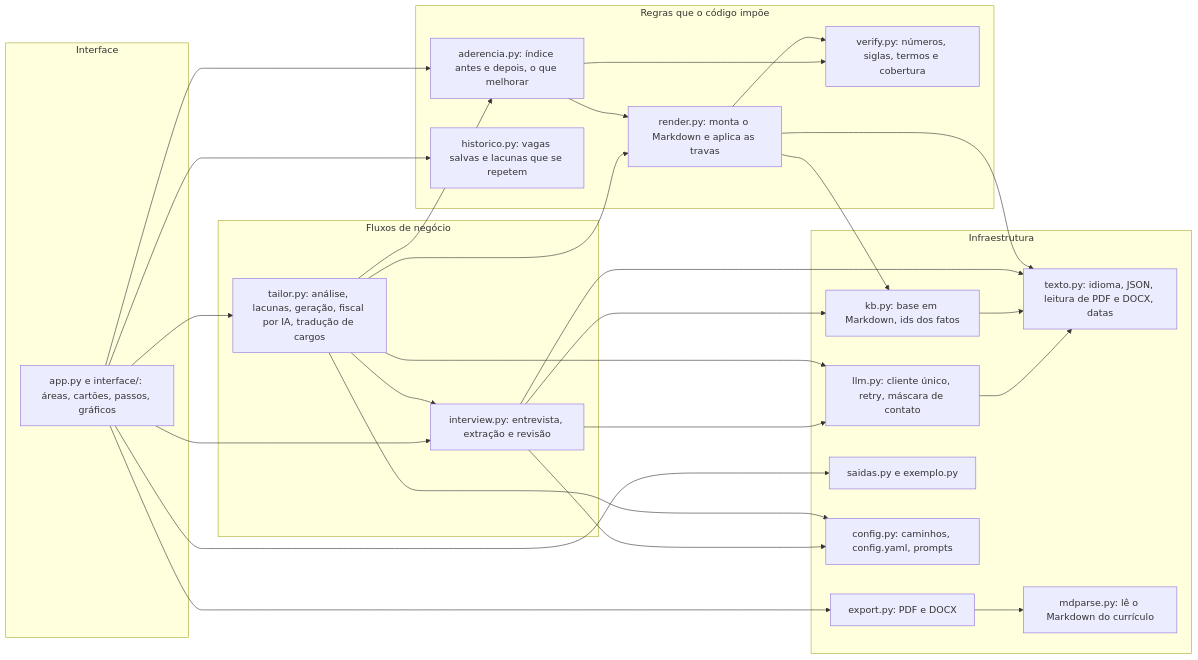
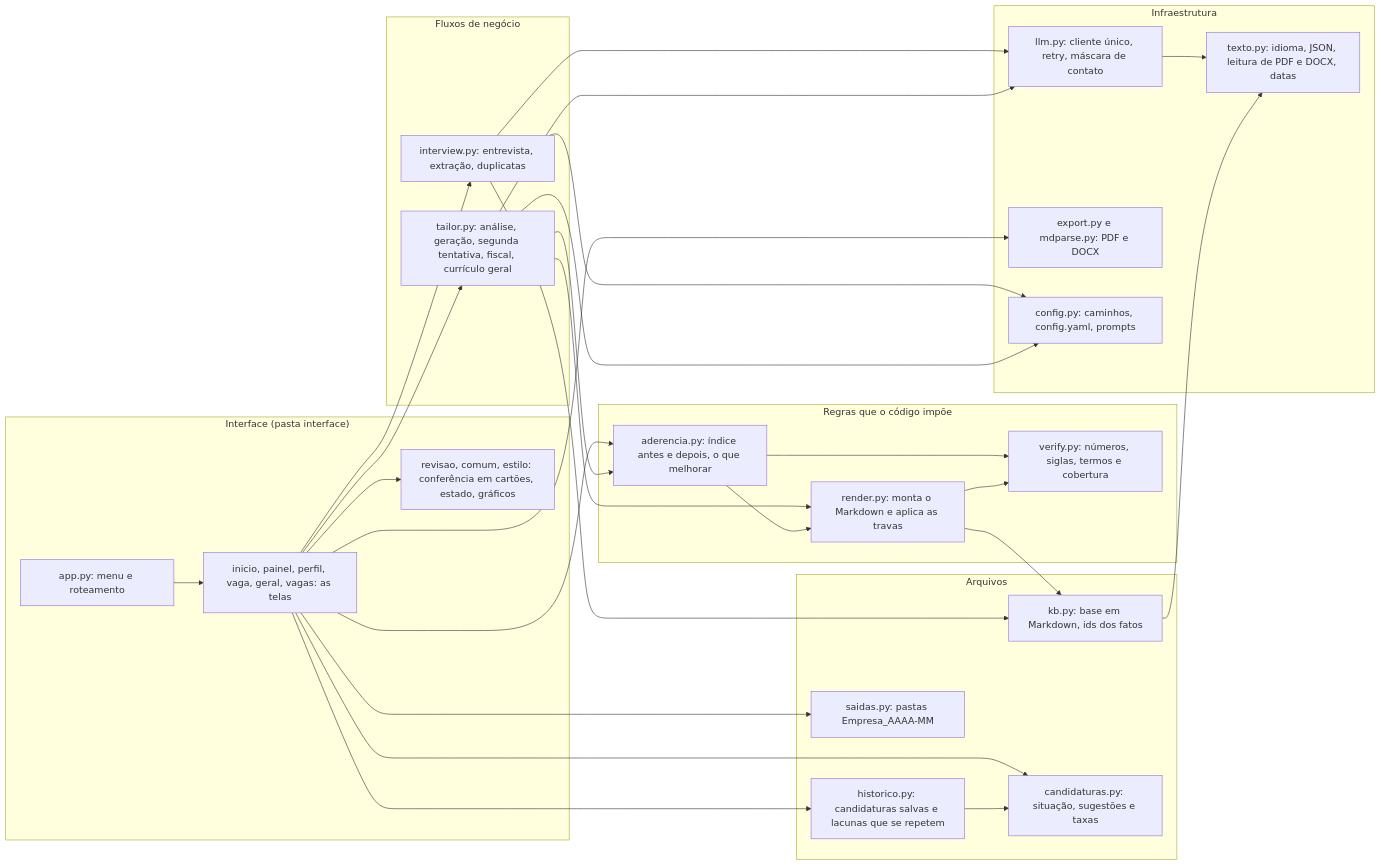
One commit to feeslopes/assistente_curriculo changed the third of 10 diagrams in README.md. Above: the diagram before and after it, drawn with Mermaid. The commit also changed other lines of this file and 1 other file, not shown here.

First line of the commit message:
Atualiza diagramas e documentação para a interface atual

````diff
--- a/README.md
+++ b/README.md
@@ -274,48 +274,52 @@
 ```mermaid
 flowchart LR
-  subgraph UI["Interface"]
-    app["app.py e interface/: áreas, cartões, passos, gráficos"]
+  subgraph UI["Interface (pasta interface)"]
+    app["app.py: menu e roteamento"]
+    telas["inicio, painel, perfil, vaga, geral, vagas: as telas"]
+    apoio["revisao, comum, estilo: conferência em cartões, estado, gráficos"]
   end
   subgraph Fluxos["Fluxos de negócio"]
-    interview["interview.py: entrevista, extração e revisão"]
-    tailor["tailor.py: análise, lacunas, geração, fiscal por IA, tradução de cargos"]
+    interview["interview.py: entrevista, extração, duplicatas"]
+    tailor["tailor.py: análise, geração, segunda tentativa, fiscal, currículo geral"]
   end
   subgraph Regras["Regras que o código impõe"]
     render["render.py: monta o Markdown e aplica as travas"]
     verify["verify.py: números, siglas, termos e cobertura"]
     aderencia["aderencia.py: índice antes e depois, o que melhorar"]
-    historico["historico.py: vagas salvas e lacunas que se repetem"]
+  end
+  subgraph Dados["Arquivos"]
+    kb["kb.py: base em Markdown, ids dos fatos"]
+    historico["historico.py: candidaturas salvas e lacunas que se repetem"]
+    candidaturas["candidaturas.py: situação, sugestões e taxas"]
+    saidas["saidas.py: pastas Empresa_AAAA-MM"]
   end
   subgraph Infra["Infraestrutura"]
     llm["llm.py: cliente único, retry, máscara de contato"]
-    kb["kb.py: base em Markdown, ids dos fatos"]
     texto["texto.py: idioma, JSON, leitura de PDF e DOCX, datas"]
-    mdparse["mdparse.py: lê o Markdown do currículo"]
-    export["export.py: PDF e DOCX"]
-    saidas["saidas.py e exemplo.py"]
+    export["export.py e mdparse.py: PDF e DOCX"]
     config["config.py: caminhos, config.yaml, prompts"]
   end
-  app --> interview
-  app --> tailor
-  app --> export
-  app --> saidas
+  app --> telas
+  telas --> apoio
+  telas --> interview
+  telas --> tailor
+  telas --> aderencia
+  telas --> historico
+  telas --> candidaturas
+  telas --> export
+  telas --> saidas
   interview --> llm
   interview --> kb
   tailor --> llm
   tailor --> render
-  tailor --> interview
   tailor --> aderencia
-  app --> aderencia
-  app --> historico
   aderencia --> render
   aderencia --> verify
   render --> kb
   render --> verify
-  export --> mdparse
+  historico --> candidaturas
   llm --> texto
   kb --> texto
-  interview --> texto
-  render --> texto
   interview --> config
   tailor --> config
 ```
````
